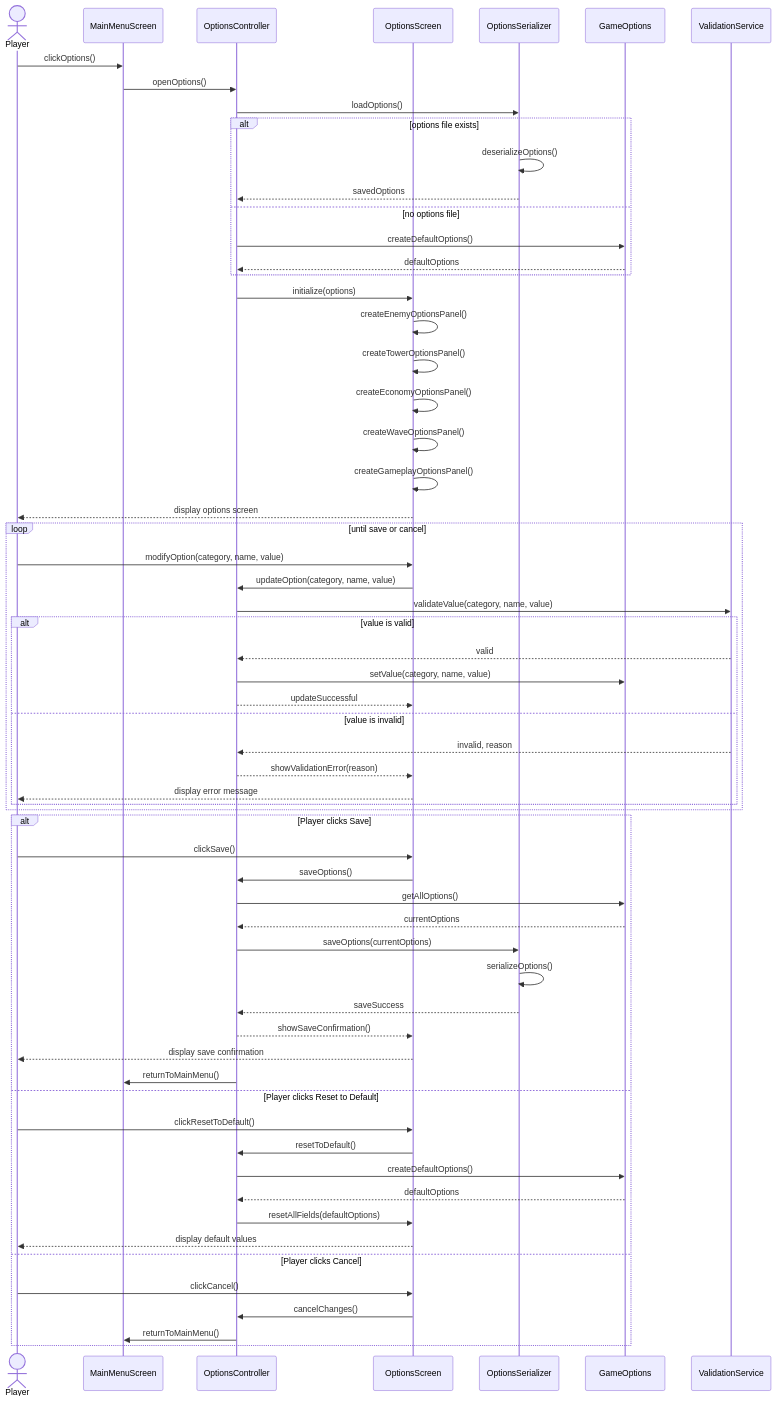
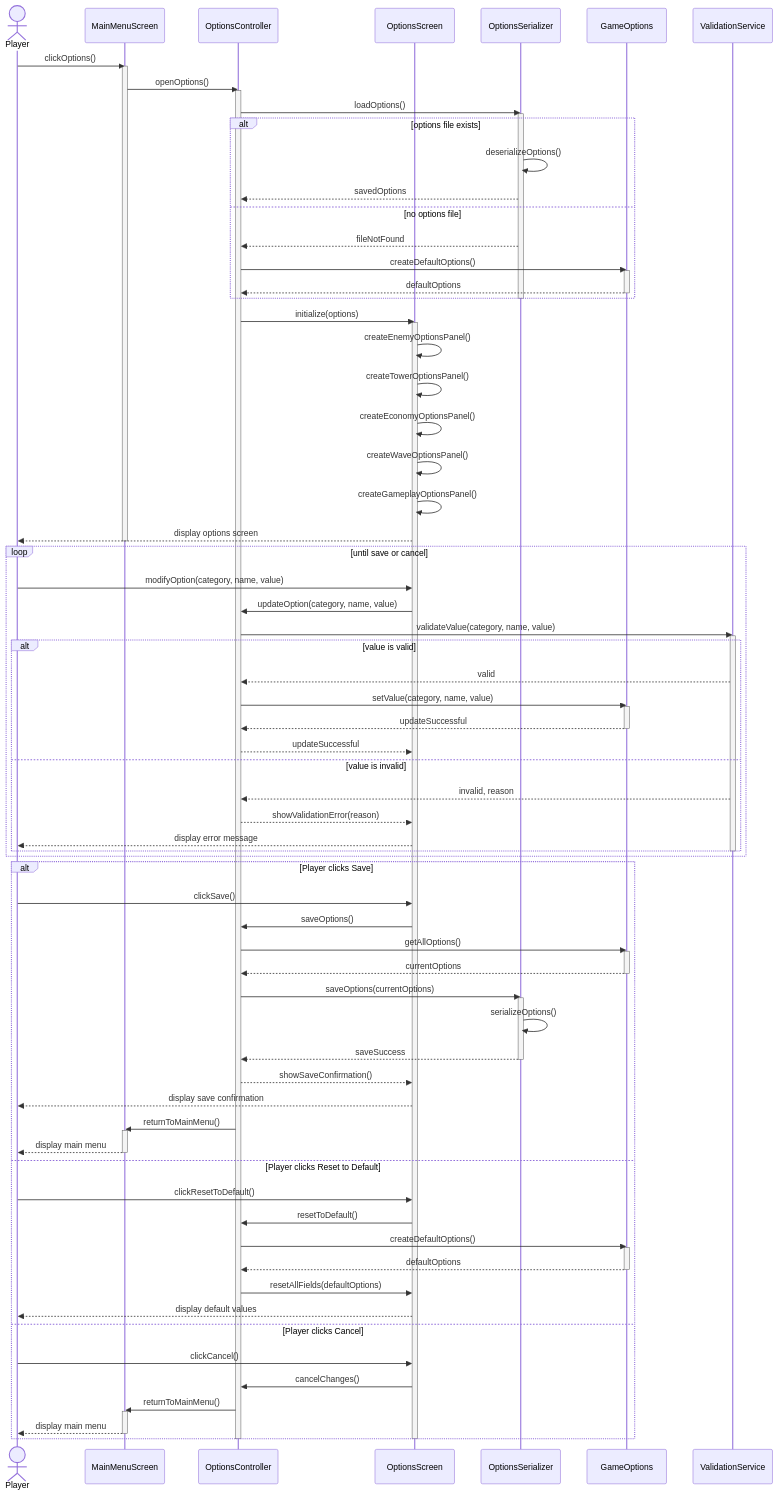
The diagram in D1-artifacts/sequence_diagrams/SD_OpenOptions.md (EYErbil/KuTowerDefense), drawn with Mermaid before and after one commit. The commit also changed 10 other files, not shown here.

Commit message:
ADD : execution specification for sequence diagrams

````diff
--- a/D1-artifacts/sequence_diagrams/SD_OpenOptions.md
+++ b/D1-artifacts/sequence_diagrams/SD_OpenOptions.md
@@ -11,62 +11,90 @@
     participant ValidationService
 
     Player->>MainMenuScreen: clickOptions()
+    activate MainMenuScreen
     MainMenuScreen->>OptionsController: openOptions()
+    activate OptionsController
     
     OptionsController->>OptionsSerializer: loadOptions()
+    activate OptionsSerializer
     alt options file exists
         OptionsSerializer->>OptionsSerializer: deserializeOptions()
         OptionsSerializer-->>OptionsController: savedOptions
     else no options file
+        OptionsSerializer-->>OptionsController: fileNotFound
         OptionsController->>GameOptions: createDefaultOptions()
+        activate GameOptions
         GameOptions-->>OptionsController: defaultOptions
+        deactivate GameOptions
     end
+    deactivate OptionsSerializer
     
     OptionsController->>OptionsScreen: initialize(options)
+    activate OptionsScreen
     OptionsScreen->>OptionsScreen: createEnemyOptionsPanel()
     OptionsScreen->>OptionsScreen: createTowerOptionsPanel()
     OptionsScreen->>OptionsScreen: createEconomyOptionsPanel()
     OptionsScreen->>OptionsScreen: createWaveOptionsPanel()
     OptionsScreen->>OptionsScreen: createGameplayOptionsPanel()
     OptionsScreen-->>Player: display options screen
+    deactivate MainMenuScreen
     
     loop until save or cancel
         Player->>OptionsScreen: modifyOption(category, name, value)
         OptionsScreen->>OptionsController: updateOption(category, name, value)
         OptionsController->>ValidationService: validateValue(category, name, value)
+        activate ValidationService
         
         alt value is valid
             ValidationService-->>OptionsController: valid
             OptionsController->>GameOptions: setValue(category, name, value)
+            activate GameOptions
+            GameOptions-->>OptionsController: updateSuccessful
+            deactivate GameOptions
             OptionsController-->>OptionsScreen: updateSuccessful
         else value is invalid
             ValidationService-->>OptionsController: invalid, reason
             OptionsController-->>OptionsScreen: showValidationError(reason)
             OptionsScreen-->>Player: display error message
         end
+        deactivate ValidationService
     end
     
     alt Player clicks Save
         Player->>OptionsScreen: clickSave()
         OptionsScreen->>OptionsController: saveOptions()
         OptionsController->>GameOptions: getAllOptions()
+        activate GameOptions
         GameOptions-->>OptionsController: currentOptions
+        deactivate GameOptions
         OptionsController->>OptionsSerializer: saveOptions(currentOptions)
+        activate OptionsSerializer
         OptionsSerializer->>OptionsSerializer: serializeOptions()
         OptionsSerializer-->>OptionsController: saveSuccess
+        deactivate OptionsSerializer
         OptionsController-->>OptionsScreen: showSaveConfirmation()
         OptionsScreen-->>Player: display save confirmation
         OptionsController->>MainMenuScreen: returnToMainMenu()
+        activate MainMenuScreen
+        MainMenuScreen-->>Player: display main menu
+        deactivate MainMenuScreen
     else Player clicks Reset to Default
         Player->>OptionsScreen: clickResetToDefault()
         OptionsScreen->>OptionsController: resetToDefault()
         OptionsController->>GameOptions: createDefaultOptions()
+        activate GameOptions
         GameOptions-->>OptionsController: defaultOptions
+        deactivate GameOptions
         OptionsController->>OptionsScreen: resetAllFields(defaultOptions)
         OptionsScreen-->>Player: display default values
     else Player clicks Cancel
         Player->>OptionsScreen: clickCancel()
         OptionsScreen->>OptionsController: cancelChanges()
         OptionsController->>MainMenuScreen: returnToMainMenu()
+        activate MainMenuScreen
+        MainMenuScreen-->>Player: display main menu
+        deactivate MainMenuScreen
     end
+    deactivate OptionsScreen
+    deactivate OptionsController
 ``` 
````
